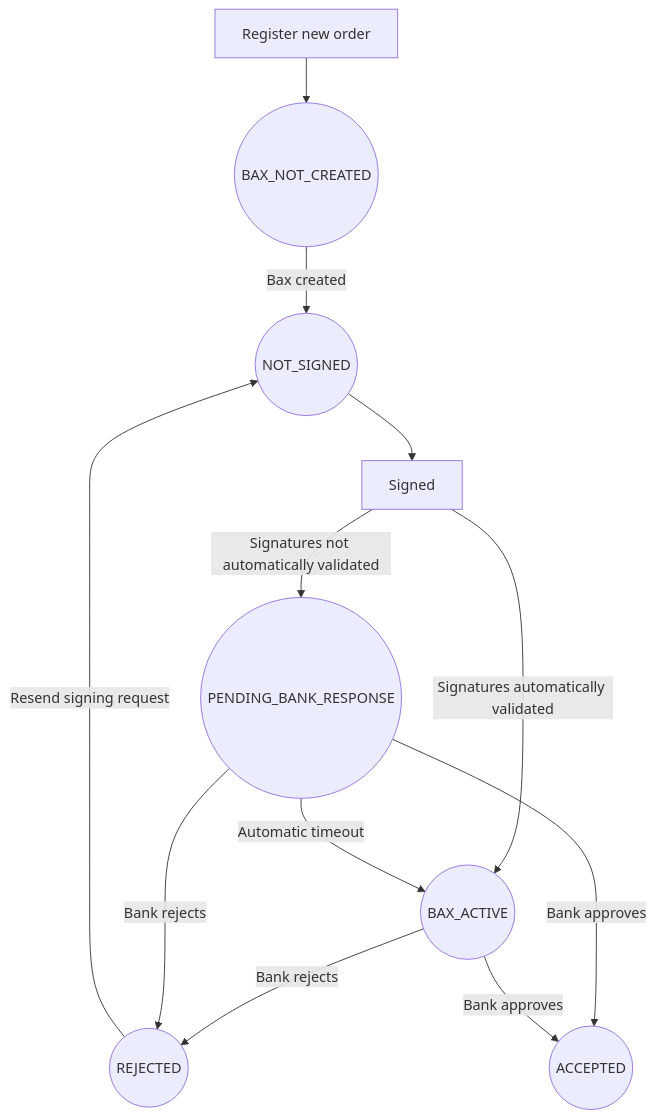
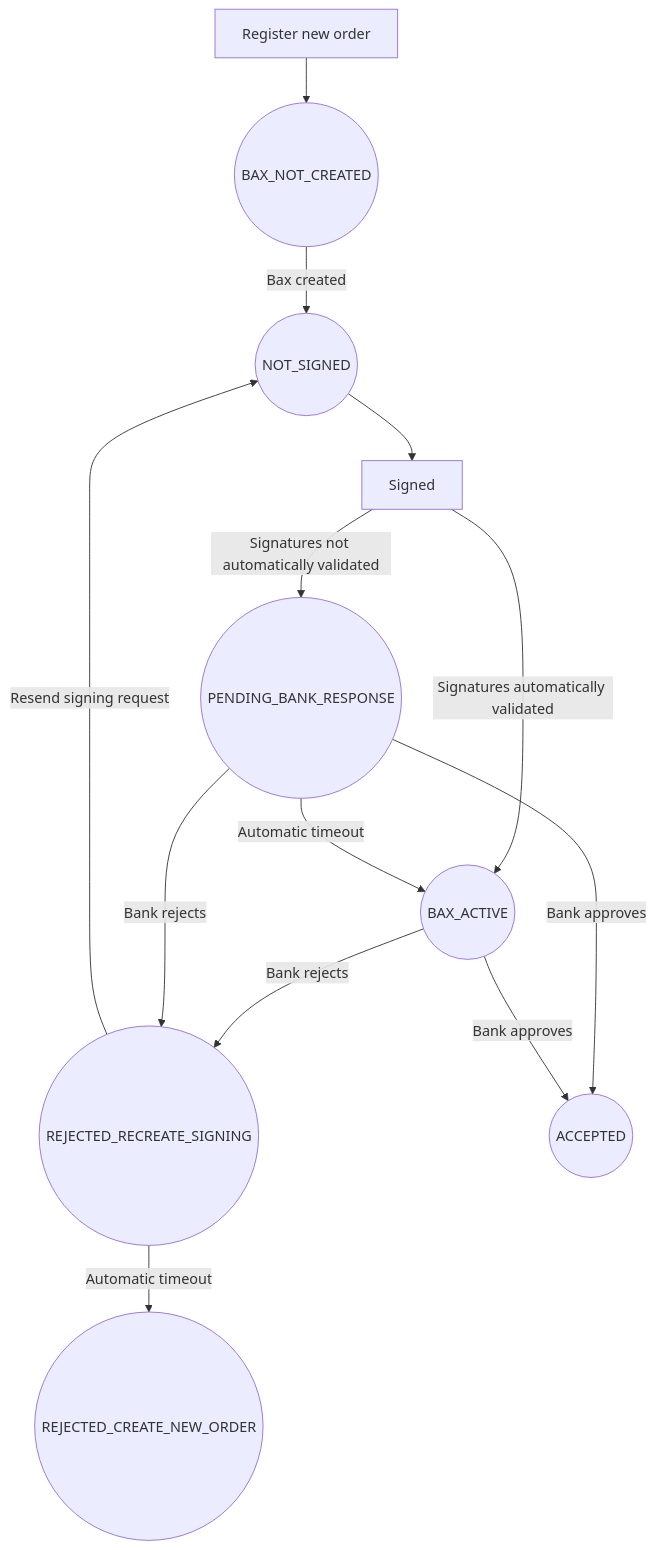
One commit to BankAxept/bankaxept-onboarding-external-documentation changed the diagram in docs/getting_started.md. Above: the diagram before and after it, drawn with Mermaid.

Commit message:
Update order status flowchart (#44)

````diff
--- a/docs/getting_started.md
+++ b/docs/getting_started.md
@@ -50,14 +50,15 @@
 ```mermaid
 graph TD
     A[Register new order] --> B((BAX_NOT_CREATED))
     B -->|Bax created| C((NOT_SIGNED))
     C --> H[Signed]
     H -->|Signatures not automatically validated| D((PENDING_BANK_RESPONSE))
     H -->|Signatures automatically validated| E((BAX_ACTIVE))
-    E -->|Bank rejects| F((REJECTED))
-    D -->|Bank rejects| F((REJECTED))
+    E -->|Bank rejects| F((REJECTED_RECREATE_SIGNING))
+    D -->|Bank rejects| F((REJECTED_RECREATE_SIGNING))
     D -->|Bank approves| G((ACCEPTED))
     D -->|Automatic timeout| E((BAX_ACTIVE))
     E -->|Bank approves| G((ACCEPTED))
     F -->|Resend signing request| C((NOT_SIGNED))
+    F -->|Automatic timeout| I((REJECTED_CREATE_NEW_ORDER))
 ```
````
